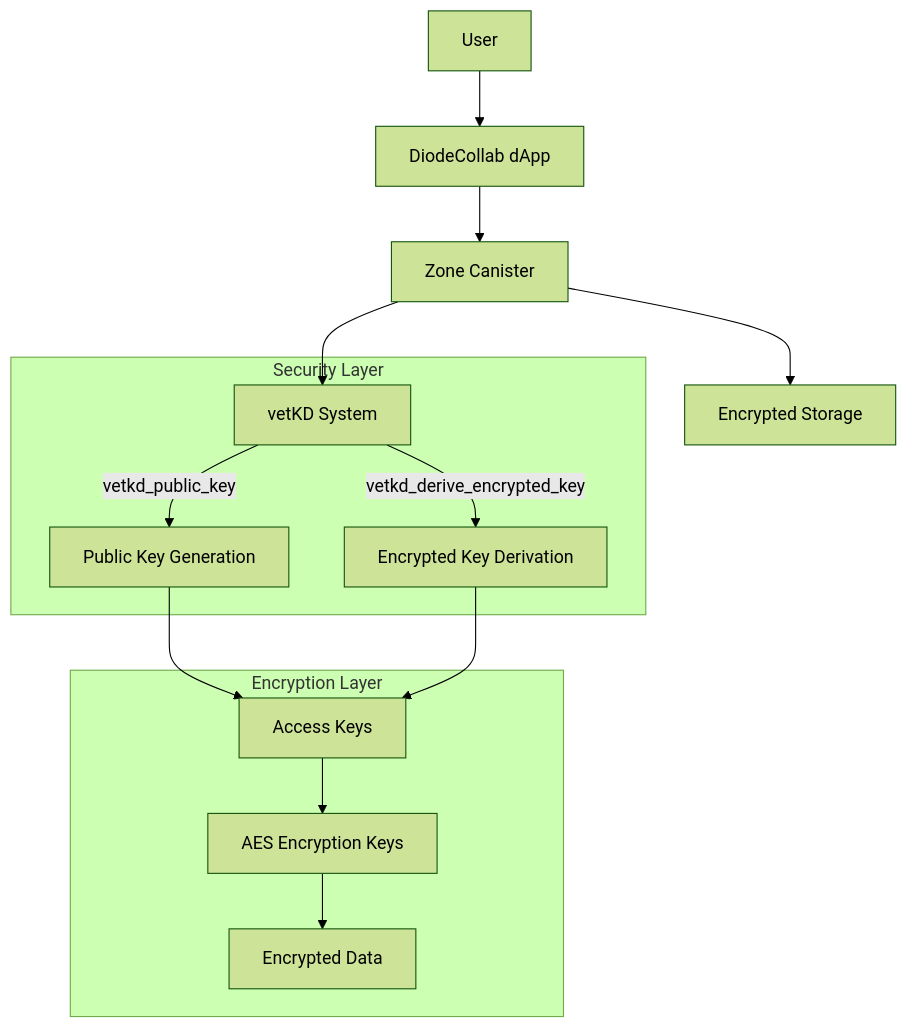
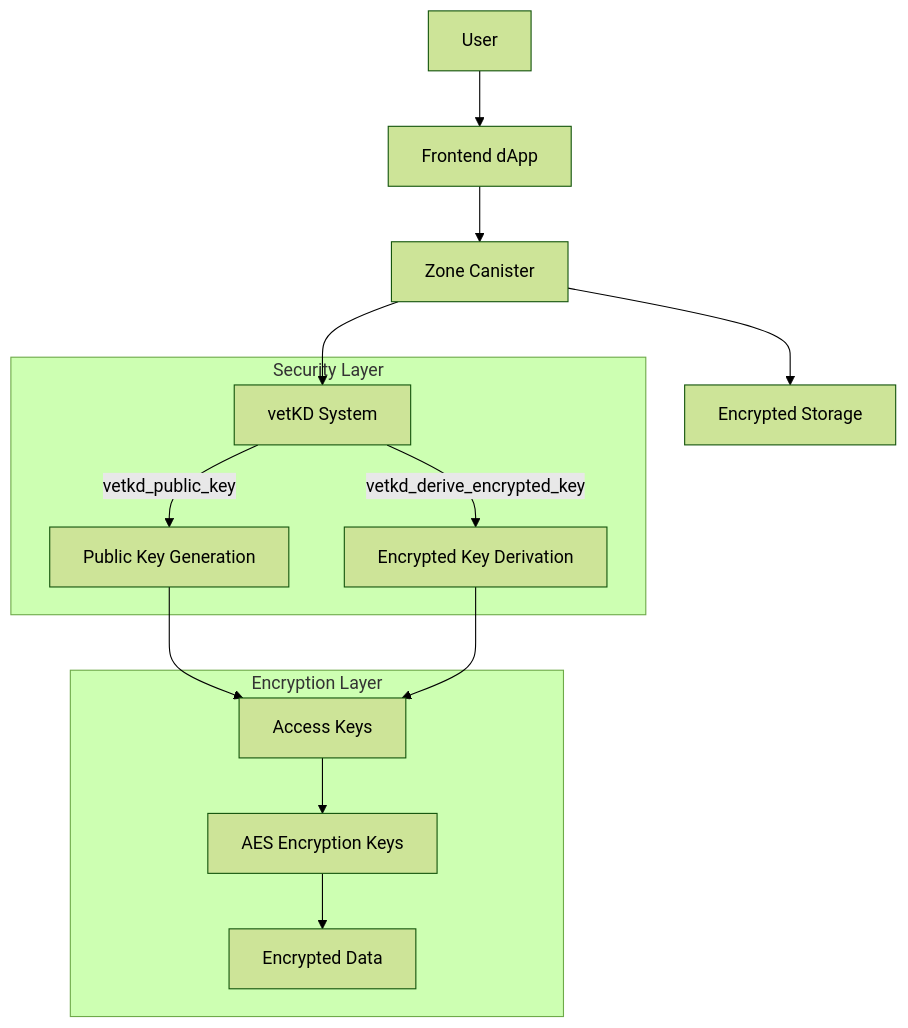
The first of 12 diagrams in docs/dfinity_milestones2.md (diodechain/zone_availability_canister), drawn with Mermaid (forest theme) before and after one commit. The commit also changed other lines of this file, not shown here.

````diff
--- a/docs/dfinity_milestones2.md
+++ b/docs/dfinity_milestones2.md
@@ -10,19 +10,19 @@
 ```mermaid
 graph TD
-    User[User] --> DiodeCollab[DiodeCollab dApp]
-    DiodeCollab --> ZoneCanister[Zone Canister]
+    User[User] --> Frontend[Frontend dApp]
+    Frontend --> ZoneCanister[Zone Canister]
     ZoneCanister --> VetKD[vetKD System]
     ZoneCanister --> Storage[Encrypted Storage]
     
     subgraph "Security Layer"
         VetKD --> |vetkd_public_key| PublicKey[Public Key Generation]
         VetKD --> |vetkd_derive_encrypted_key| KeyDerivation[Encrypted Key Derivation]
     end
     
     subgraph "Encryption Layer"
         PublicKey --> AccessKeys[Access Keys]
         KeyDerivation --> AccessKeys
         AccessKeys --> AESKeys[AES Encryption Keys]
         AESKeys --> EncryptedData[Encrypted Data]
     end
 ```
````
